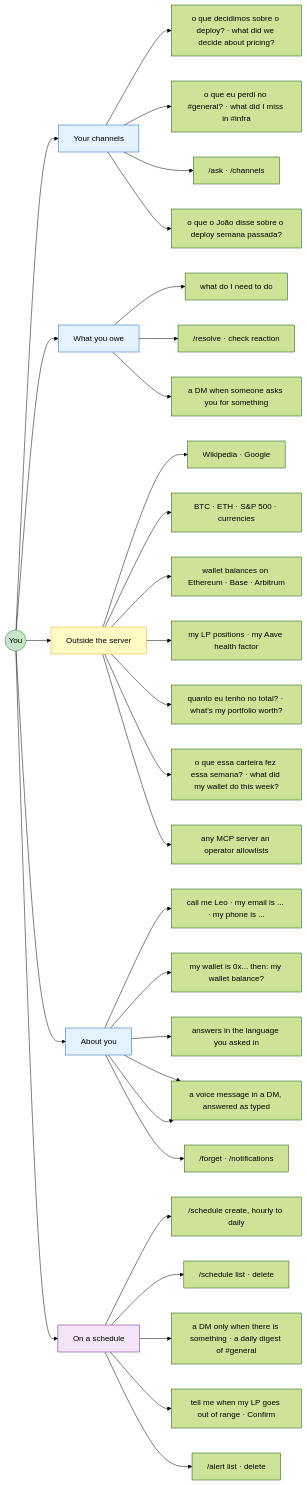
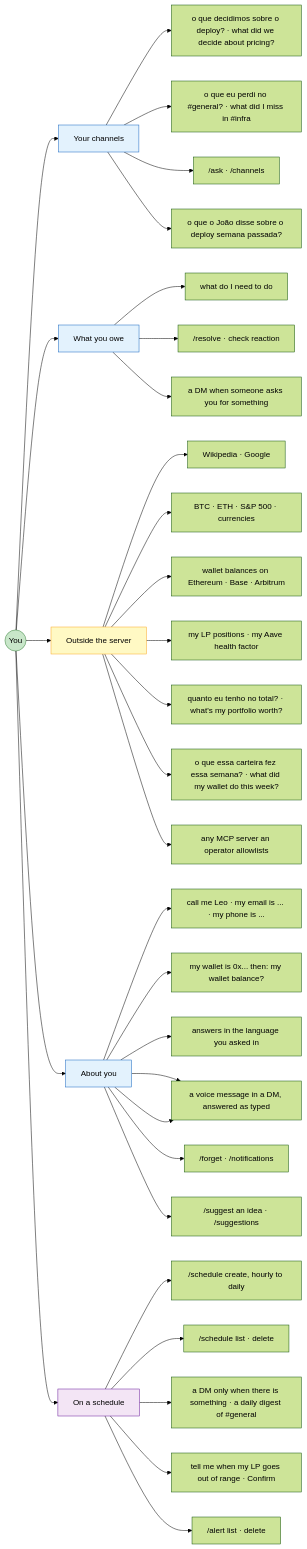
One commit to CyberdyneCorp/CyberFriend changed the second of 4 diagrams in README.md. Above: the diagram before and after it, drawn with Mermaid (forest theme). The commit also changed other lines of this file and 21 other files, not shown here.

First line of the commit message:
Add /suggest and /suggestions for feature requests

````diff
--- a/README.md
+++ b/README.md
@@ -116,46 +118,47 @@
 ```mermaid
 graph LR
     P(("You"))
 
     P --> CORPUS["Your channels"]
     CORPUS --> C1["o que decidimos sobre o deploy? &middot; what did we decide about pricing?"]
     CORPUS --> C2["o que eu perdi no #general? &middot; what did I miss in #infra"]
     CORPUS --> C3["/ask &middot; /channels"]
     CORPUS --> C4["o que o João disse sobre o deploy semana passada?"]
 
     P --> OWED["What you owe"]
     OWED --> O1["what do I need to do"]
     OWED --> O2["/resolve &middot; check reaction"]
     OWED --> O3["a DM when someone asks you for something"]
 
     P --> OUT["Outside the server"]
     OUT --> X1["Wikipedia &middot; Google"]
     OUT --> X2["BTC &middot; ETH &middot; S&P 500 &middot; currencies"]
     OUT --> X3["wallet balances on Ethereum &middot; Base &middot; Arbitrum"]
     OUT --> X5["my LP positions &middot; my Aave health factor"]
     OUT --> X6["quanto eu tenho no total? &middot; what's my portfolio worth?"]
     OUT --> X7["o que essa carteira fez essa semana? &middot; what did my wallet do this week?"]
     OUT --> X4["any MCP server an operator allowlists"]
 
     P --> YOU["About you"]
     YOU --> Y1["call me Leo &middot; my email is ... &middot; my phone is ..."]
     YOU --> Y2["my wallet is 0x... then: my wallet balance?"]
     YOU --> Y3["answers in the language you asked in"]
     YOU --> Y5["prefiro ver em reais &middot; prices and totals in USD and BRL"]
     YOU --> Y4["/forget &middot; /notifications"]
+    YOU --> Y6["/suggest an idea &middot; /suggestions"]
     YOU --> Y5["a voice message in a DM, answered as typed"]
 
     P --> WHEN["On a schedule"]
     WHEN --> W1["/schedule create, hourly to daily"]
     WHEN --> W2["/schedule list &middot; delete"]
     WHEN --> W3["a DM only when there is something &middot; a daily digest of #general"]
     WHEN --> W4["tell me when my LP goes out of range &middot; Confirm"]
     WHEN --> W5["/alert list &middot; delete"]
 
     style P fill:#C8E6C9,stroke:#2E7D32
     style CORPUS fill:#E3F2FD,stroke:#1565C0
     style OWED fill:#E3F2FD,stroke:#1565C0
     style OUT fill:#FFF9C4,stroke:#F9A825
     style YOU fill:#E3F2FD,stroke:#1565C0
     style WHEN fill:#F3E5F5,stroke:#6A1B9A
 ```
````
